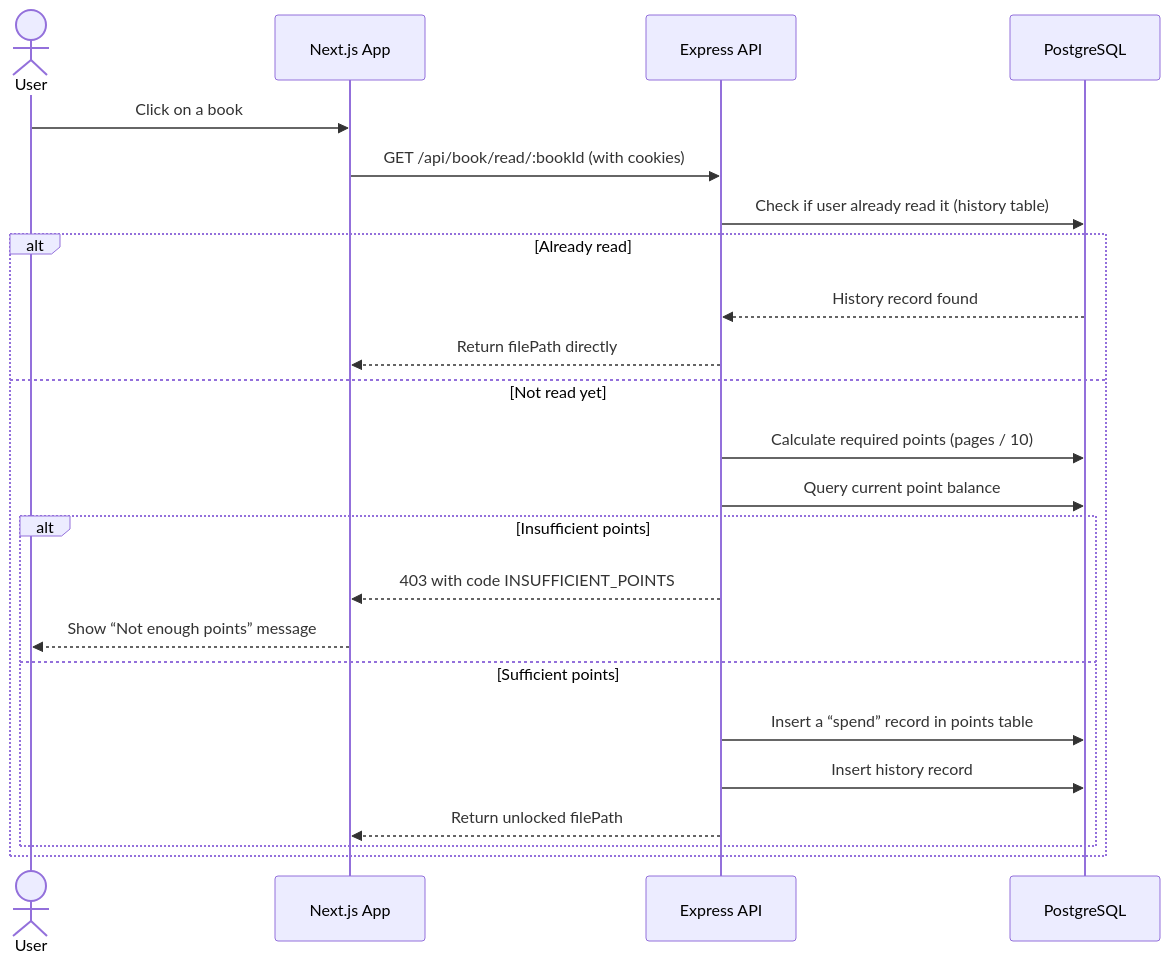
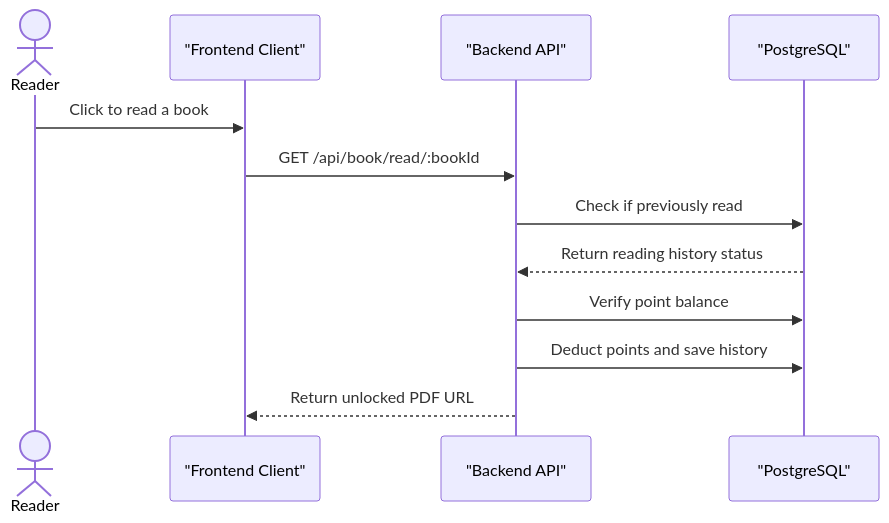
One commit to skido600/ReadNest changed the third of 3 diagrams in README.md. Above: the diagram before and after it, drawn with Mermaid. The commit also changed other lines of this file and 64 other files, not shown here.

````diff
--- a/README.md
+++ b/README.md
@@ -74,26 +62,15 @@
 ```mermaid
 sequenceDiagram
-    actor User
-    participant Client as Next.js App
-    participant Server as Express API
-    participant DB as PostgreSQL
+  actor Reader
+  participant WebClient as "Frontend Client"
+  participant APIServer as "Backend API"
+  participant DB as "PostgreSQL"
 
-    User->>Client: Click on a book
-    Client->>Server: GET /api/book/read/:bookId (with cookies)
-    Server->>DB: Check if user already read it (history table)
-    alt Already read
-        DB-->>Server: History record found
-        Server-->>Client: Return filePath directly
-    else Not read yet
-        Server->>DB: Calculate required points (pages / 10)
-        Server->>DB: Query current point balance
-        alt Insufficient points
-            Server-->>Client: 403 with code INSUFFICIENT_POINTS
-            Client-->>User: Show “Not enough points” message
-        else Sufficient points
-            Server->>DB: Insert a “spend” record in points table
-            Server->>DB: Insert history record
-            Server-->>Client: Return unlocked filePath
-        end
-    end
+  Reader->>WebClient: Click to read a book
+  WebClient->>APIServer: GET /api/book/read/:bookId
+  APIServer->>DB: Check if previously read
+  DB-->>APIServer: Return reading history status
+  APIServer->>DB: Verify point balance
+  APIServer->>DB: Deduct points and save history
+  APIServer-->>WebClient: Return unlocked PDF URL
 ```
````
